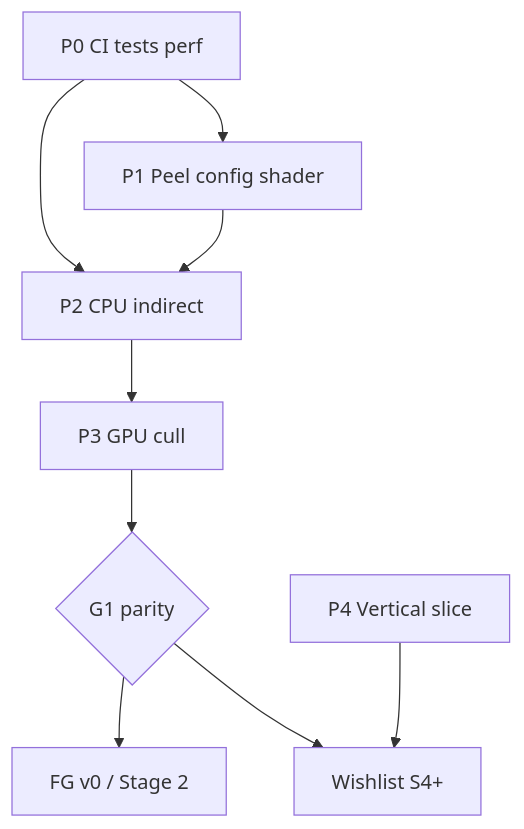
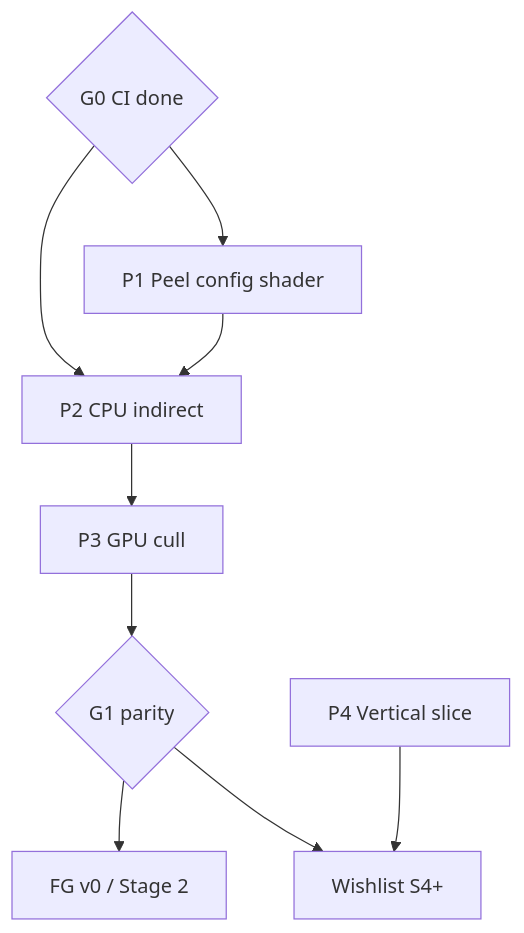
One commit to PluseggWill/SiriusEngine_VulkanReboot changed the diagram in Docs/Active-Plan.md. Above: the diagram before and after it, drawn with Mermaid. The commit also changed other lines of this file and 44 other files, not shown here.

````diff
--- a/Docs/Active-Plan.md
+++ b/Docs/Active-Plan.md
@@ -46,20 +46,20 @@
 ```mermaid
 flowchart TB
-  P0[P0 CI tests perf]
   P1[P1 Peel config shader]
   P2[P2 CPU indirect]
   P3[P3 GPU cull]
   P4[P4 Vertical slice]
+  G0{G0 CI done}
   G1{G1 parity}
   FG[FG v0 / Stage 2]
   WL[Wishlist S4+]
 
-  P0 --> P1
-  P0 --> P2
+  G0 --> P1
+  G0 --> P2
   P1 --> P2
   P2 --> P3
   P3 --> G1
   G1 --> FG
   G1 --> WL
   P4 --> WL
 ```
````
